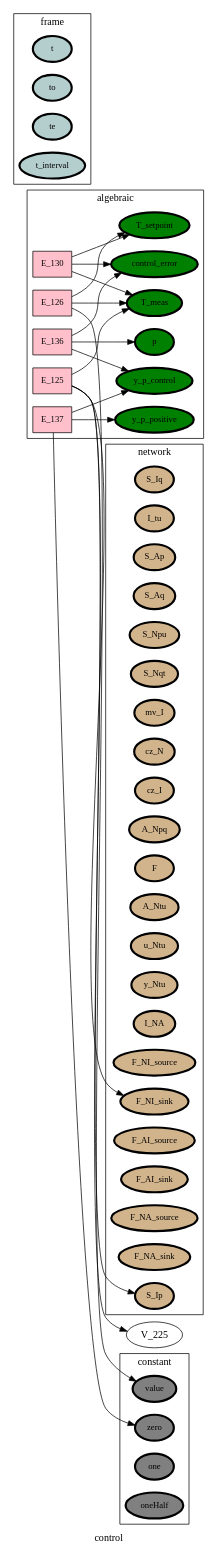
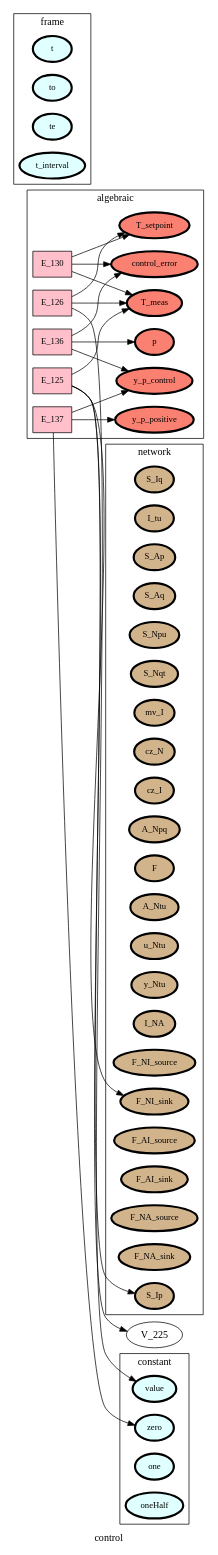
Before and after one commit to heinz-preisig/processes_000_HAP: the diagram in ontology_graphs/graph__control.dot, drawn with Graphviz. The commit also changed 804 other files, not shown here.

```diff
--- a/ontology_graphs/graph__control.dot
+++ b/ontology_graphs/graph__control.dot
@@ -1,106 +1,106 @@
 digraph control {
 label=control;
 rankdir=LR;
 subgraph cluster_control___dataFlow {
 label=dataFlow;
 rankdir=LR;
 }
 
 subgraph cluster_control___input {
 label=input;
 rankdir=LR;
 }
 
 subgraph cluster_control___output {
 label=output;
 rankdir=LR;
 }
 
 subgraph cluster_control___network {
 label=network;
 rankdir=LR;
 V_10 [fillcolor=tan, fontsize=12, label=S_Iq, penwidth=3, style=filled];
 V_11 [fillcolor=tan, fontsize=12, label=I_tu, penwidth=3, style=filled];
 V_12 [fillcolor=tan, fontsize=12, label=S_Ap, penwidth=3, style=filled];
 V_13 [fillcolor=tan, fontsize=12, label=S_Aq, penwidth=3, style=filled];
 V_14 [fillcolor=tan, fontsize=12, label=S_Npu, penwidth=3, style=filled];
 V_15 [fillcolor=tan, fontsize=12, label=S_Nqt, penwidth=3, style=filled];
 V_16 [fillcolor=tan, fontsize=12, label=mv_I, penwidth=3, style=filled];
 V_17 [fillcolor=tan, fontsize=12, label=cz_N, penwidth=3, style=filled];
 V_18 [fillcolor=tan, fontsize=12, label=cz_I, penwidth=3, style=filled];
 V_19 [fillcolor=tan, fontsize=12, label=A_Npq, penwidth=3, style=filled];
 V_2 [fillcolor=tan, fontsize=12, label=F, penwidth=3, style=filled];
 V_20 [fillcolor=tan, fontsize=12, label=A_Ntu, penwidth=3, style=filled];
 V_21 [fillcolor=tan, fontsize=12, label=u_Ntu, penwidth=3, style=filled];
 V_22 [fillcolor=tan, fontsize=12, label=y_Ntu, penwidth=3, style=filled];
 V_27 [fillcolor=tan, fontsize=12, label=I_NA, penwidth=3, style=filled];
 V_3 [fillcolor=tan, fontsize=12, label=F_NI_source, penwidth=3, style=filled];
 V_4 [fillcolor=tan, fontsize=12, label=F_NI_sink, penwidth=3, style=filled];
 V_5 [fillcolor=tan, fontsize=12, label=F_AI_source, penwidth=3, style=filled];
 V_6 [fillcolor=tan, fontsize=12, label=F_AI_sink, penwidth=3, style=filled];
 V_7 [fillcolor=tan, fontsize=12, label=F_NA_source, penwidth=3, style=filled];
 V_8 [fillcolor=tan, fontsize=12, label=F_NA_sink, penwidth=3, style=filled];
 V_9 [fillcolor=tan, fontsize=12, label=S_Ip, penwidth=3, style=filled];
 }
 
 subgraph cluster_control___frame {
 label=frame;
 rankdir=LR;
-V_1 [fillcolor=lightcyan3, fontsize=12, label=t, penwidth=3, style=filled];
-V_105 [fillcolor=lightcyan3, fontsize=12, label=to, penwidth=3, style=filled];
-V_106 [fillcolor=lightcyan3, fontsize=12, label=te, penwidth=3, style=filled];
-V_107 [fillcolor=lightcyan3, fontsize=12, label=t_interval, penwidth=3, style=filled];
+V_1 [fillcolor=lightcyan, fontsize=12, label=t, penwidth=3, style=filled];
+V_105 [fillcolor=lightcyan, fontsize=12, label=to, penwidth=3, style=filled];
+V_106 [fillcolor=lightcyan, fontsize=12, label=te, penwidth=3, style=filled];
+V_107 [fillcolor=lightcyan, fontsize=12, label=t_interval, penwidth=3, style=filled];
 }
 
 subgraph cluster_control___state {
 label=state;
 rankdir=LR;
 }
 
 subgraph cluster_control___constant {
 label=constant;
 rankdir=LR;
-V_101 [fillcolor=grey, fontsize=12, label=value, penwidth=3, style=filled];
-V_102 [fillcolor=grey, fontsize=12, label=zero, penwidth=3, style=filled];
-V_103 [fillcolor=grey, fontsize=12, label=one, penwidth=3, style=filled];
-V_104 [fillcolor=grey, fontsize=12, label=oneHalf, penwidth=3, style=filled];
+V_101 [fillcolor=lightcyan1, fontsize=12, label=value, penwidth=3, style=filled];
+V_102 [fillcolor=lightcyan1, fontsize=12, label=zero, penwidth=3, style=filled];
+V_103 [fillcolor=lightcyan1, fontsize=12, label=one, penwidth=3, style=filled];
+V_104 [fillcolor=lightcyan1, fontsize=12, label=oneHalf, penwidth=3, style=filled];
 }
 
 subgraph cluster_control___diffState {
 label=diffState;
 rankdir=LR;
 }
 
 E_125 -> V_225  [splines=ortho];
 E_125 -> V_4  [splines=ortho];
 E_125 -> V_9  [splines=ortho];
 E_126 -> V_101  [splines=ortho];
 E_126 -> V_226  [splines=ortho];
 E_130 -> V_226  [splines=ortho];
 E_130 -> V_227  [splines=ortho];
 E_136 -> V_231  [splines=ortho];
 E_136 -> V_237  [splines=ortho];
 E_137 -> V_102  [splines=ortho];
 E_137 -> V_238  [splines=ortho];
 subgraph cluster_control___algebraic {
 label=algebraic;
 rankdir=LR;
-V_226 [fillcolor=green, fontsize=12, label=T_meas, penwidth=3, style=filled];
-V_227 [fillcolor=green, fontsize=12, label=T_setpoint, penwidth=3, style=filled];
-V_231 [fillcolor=green, fontsize=12, label=control_error, penwidth=3, style=filled];
-V_237 [fillcolor=green, fontsize=12, label=p, penwidth=3, style=filled];
-V_238 [fillcolor=green, fontsize=12, label=y_p_control, penwidth=3, style=filled];
-V_239 [fillcolor=green, fontsize=12, label=y_p_positive, penwidth=3, style=filled];
+V_226 [fillcolor=salmon, fontsize=12, label=T_meas, penwidth=3, style=filled];
+V_227 [fillcolor=salmon, fontsize=12, label=T_setpoint, penwidth=3, style=filled];
+V_231 [fillcolor=salmon, fontsize=12, label=control_error, penwidth=3, style=filled];
+V_237 [fillcolor=salmon, fontsize=12, label=p, penwidth=3, style=filled];
+V_238 [fillcolor=salmon, fontsize=12, label=y_p_control, penwidth=3, style=filled];
+V_239 [fillcolor=salmon, fontsize=12, label=y_p_positive, penwidth=3, style=filled];
 E_125 [fillcolor=pink, fontsize=12, shape=box, style=filled];
 E_125 -> V_226  [splines=ortho];
 E_126 [fillcolor=pink, fontsize=12, shape=box, style=filled];
 E_126 -> V_227  [splines=ortho];
 E_130 [fillcolor=pink, fontsize=12, shape=box, style=filled];
 E_130 -> V_231  [splines=ortho];
 E_136 [fillcolor=pink, fontsize=12, shape=box, style=filled];
 E_136 -> V_238  [splines=ortho];
 E_137 [fillcolor=pink, fontsize=12, shape=box, style=filled];
 E_137 -> V_239  [splines=ortho];
 }
 
 }
```
